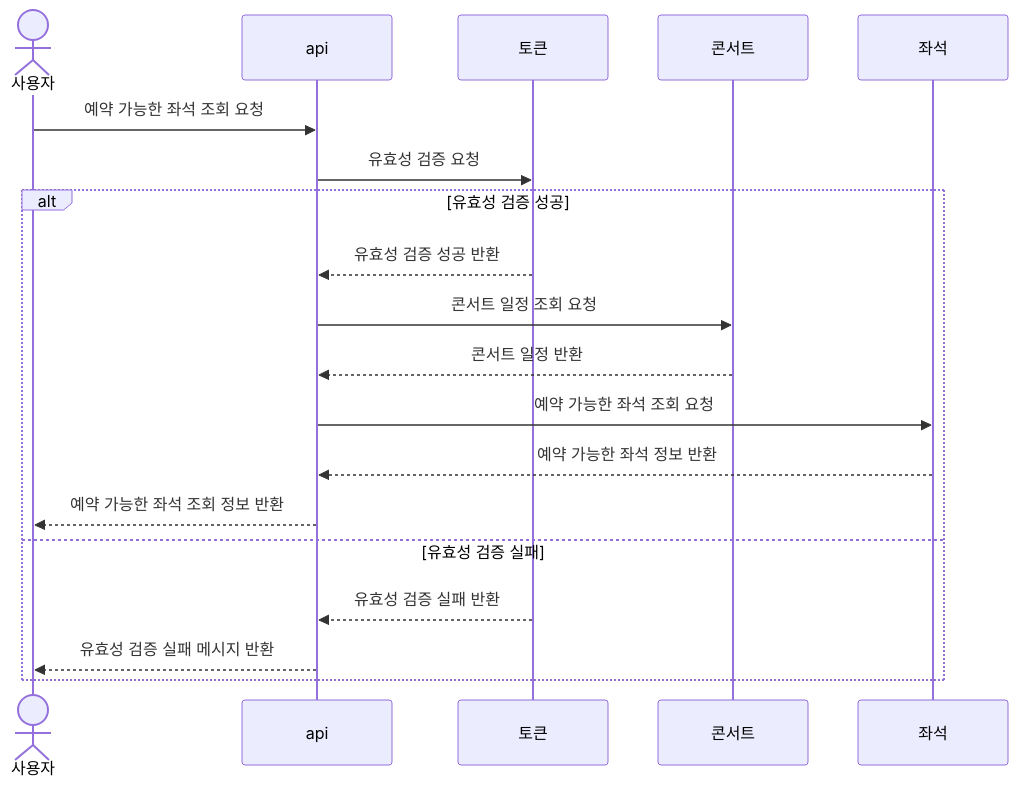
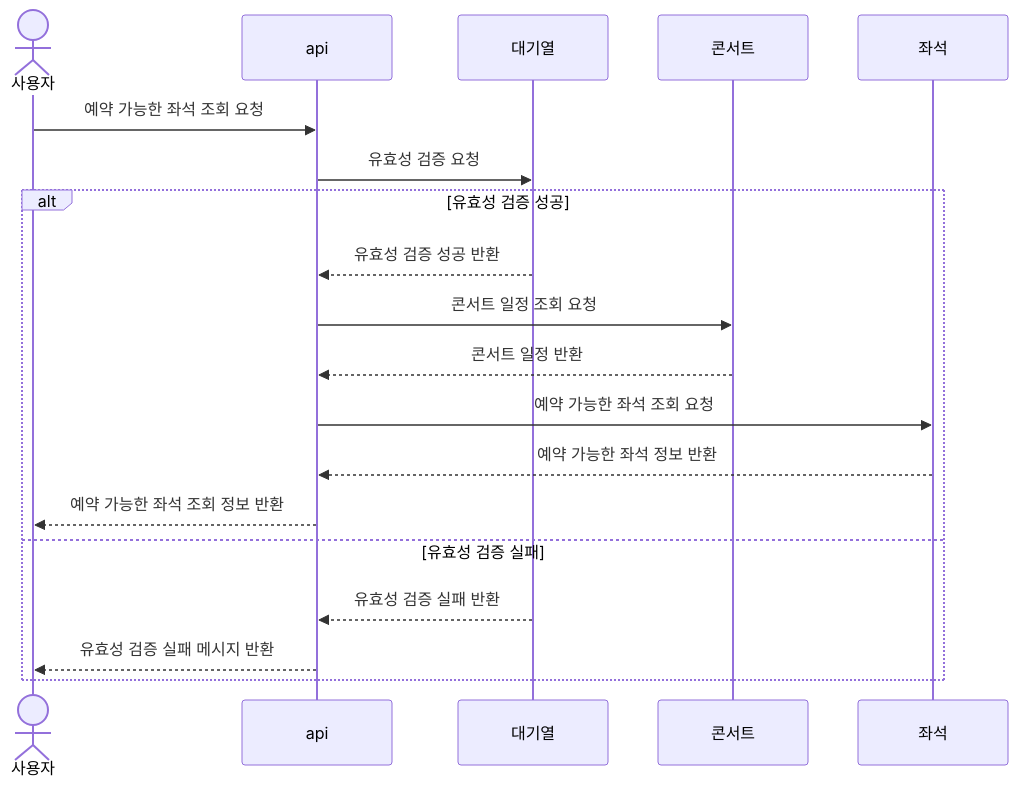
The fourth of 8 diagrams in docs/시퀀스다이어그램.md (seungwontech/hhplus-concert-week3-5), drawn with Mermaid before and after one commit. The commit also changed other lines of this file, not shown here.

Commit message:
refactor: 시퀀스 다이어그램 수정 - 토큰 노드를 대기열 노드로 통일 - 대기열번호 조회(Polling) 분리

````diff
--- a/docs/시퀀스다이어그램.md
+++ b/docs/시퀀스다이어그램.md
@@ -78,22 +83,22 @@
 ```mermaid
 sequenceDiagram
     actor 사용자
     participant api
-    participant 토큰
+    participant 대기열
     participant 콘서트
     participant 좌석
 
     사용자 ->> api: 예약 가능한 좌석 조회 요청
-    api ->> 토큰: 유효성 검증 요청
+    api ->> 대기열: 유효성 검증 요청
     alt 유효성 검증 성공
-        토큰 -->> api: 유효성 검증 성공 반환
+        대기열 -->> api: 유효성 검증 성공 반환
         api ->> 콘서트: 콘서트 일정 조회 요청
         콘서트 -->> api: 콘서트 일정 반환
         api ->> 좌석: 예약 가능한 좌석 조회 요청
         좌석 -->> api: 예약 가능한 좌석 정보 반환
         api -->> 사용자: 예약 가능한 좌석 조회 정보 반환
     else 유효성 검증 실패
-        토큰 -->> api: 유효성 검증 실패 반환
+        대기열 -->> api: 유효성 검증 실패 반환
         api -->> 사용자: 유효성 검증 실패 메시지 반환
     end
 ```
````
